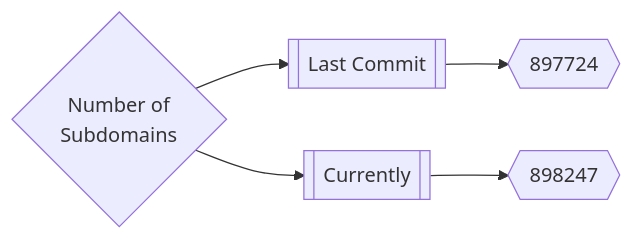
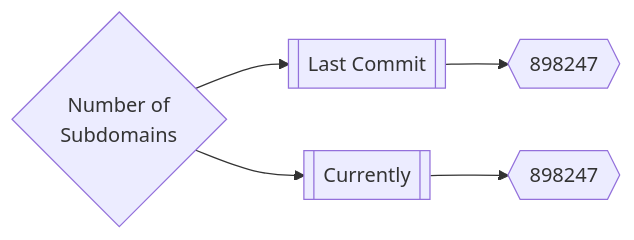
The first of 3 diagrams in README.md (trickest/inventory), drawn with Mermaid before and after one commit.

Commit message:
Update README.md Tue Jul  5 21:44:19 UTC 2022

````diff
--- a/README.md
+++ b/README.md
@@ -167,5 +167,5 @@
 ```mermaid
 graph LR
-title{Number of<br>Subdomains} --> subdomainsDate1[[Last Commit]] --> subdomainsNum1{{897724}}
+title{Number of<br>Subdomains} --> subdomainsDate1[[Last Commit]] --> subdomainsNum1{{898247}}
 title --> subdomainsDate2[[Currently]] --> subdomainsNum2{{898247}}
 ```
````
